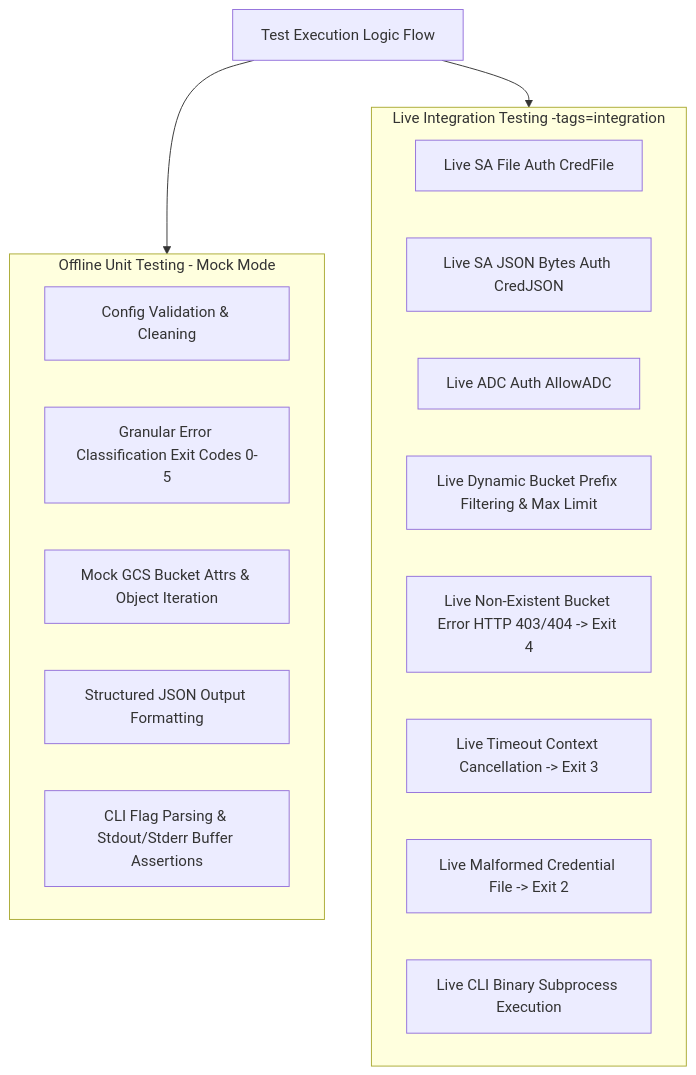
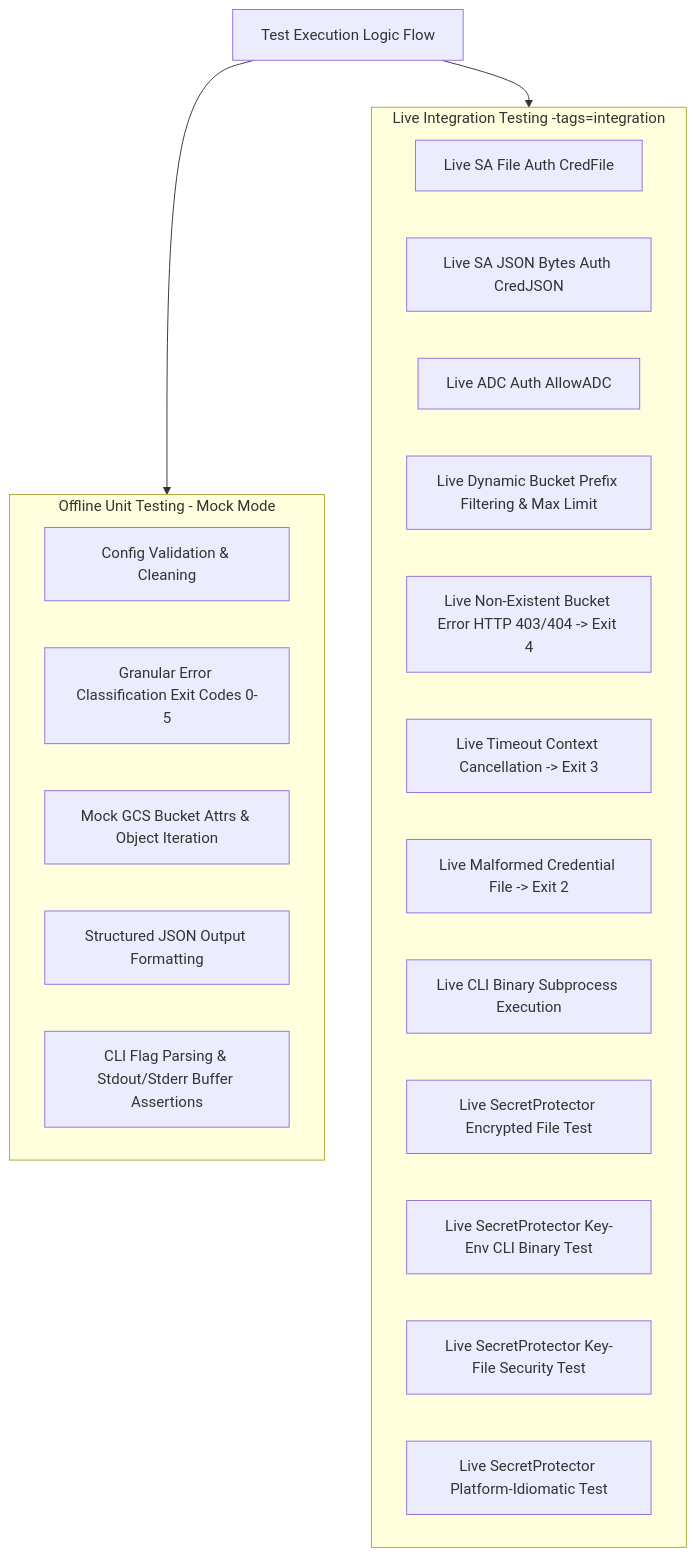
One commit to edsilegxrepo/gcsconntest changed the second of 2 diagrams in TESTING.md. Above: the diagram before and after it, drawn with Mermaid. The commit also changed other lines of this file and 10 other files, not shown here.

First line of the commit message:
feat(auth): integrate SecretProtector for encrypted credentials at rest

````diff
--- a/TESTING.md
+++ b/TESTING.md
@@ -39,26 +39,30 @@
 ```mermaid
 flowchart TD
     Root[Test Execution Logic Flow]
     
     subgraph Offline[Offline Unit Testing - Mock Mode]
         O1[Config Validation & Cleaning]
         O2[Granular Error Classification Exit Codes 0-5]
         O3[Mock GCS Bucket Attrs & Object Iteration]
         O4[Structured JSON Output Formatting]
         O5[CLI Flag Parsing & Stdout/Stderr Buffer Assertions]
     end
 
     subgraph Live[Live Integration Testing -tags=integration]
         L1[Live SA File Auth CredFile]
         L2[Live SA JSON Bytes Auth CredJSON]
         L3[Live ADC Auth AllowADC]
         L4[Live Dynamic Bucket Prefix Filtering & Max Limit]
         L5[Live Non-Existent Bucket Error HTTP 403/404 -> Exit 4]
         L6[Live Timeout Context Cancellation -> Exit 3]
         L7[Live Malformed Credential File -> Exit 2]
         L8[Live CLI Binary Subprocess Execution]
+        L9[Live SecretProtector Encrypted File Test]
+        L10[Live SecretProtector Key-Env CLI Binary Test]
+        L11[Live SecretProtector Key-File Security Test]
+        L12[Live SecretProtector Platform-Idiomatic Test]
     end
 
     Root --> Offline
     Root --> Live
 ```
````
